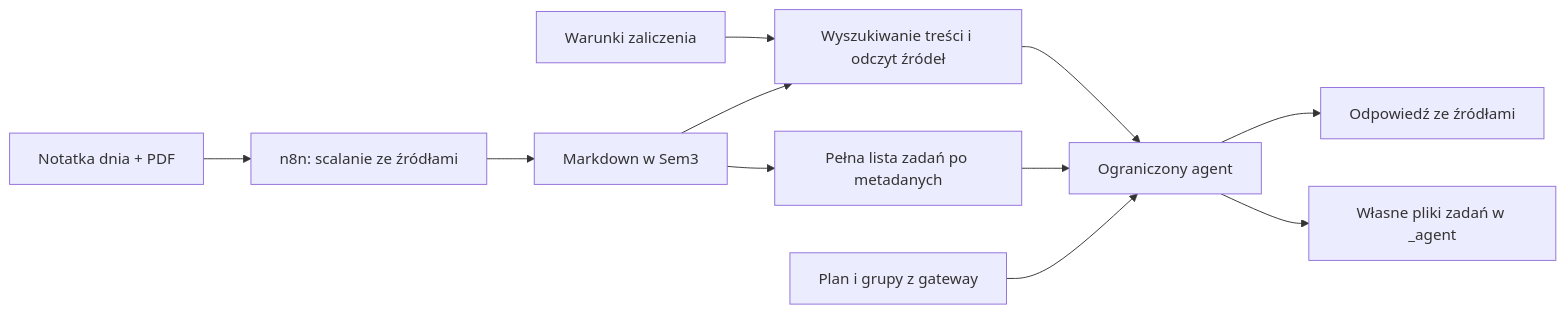
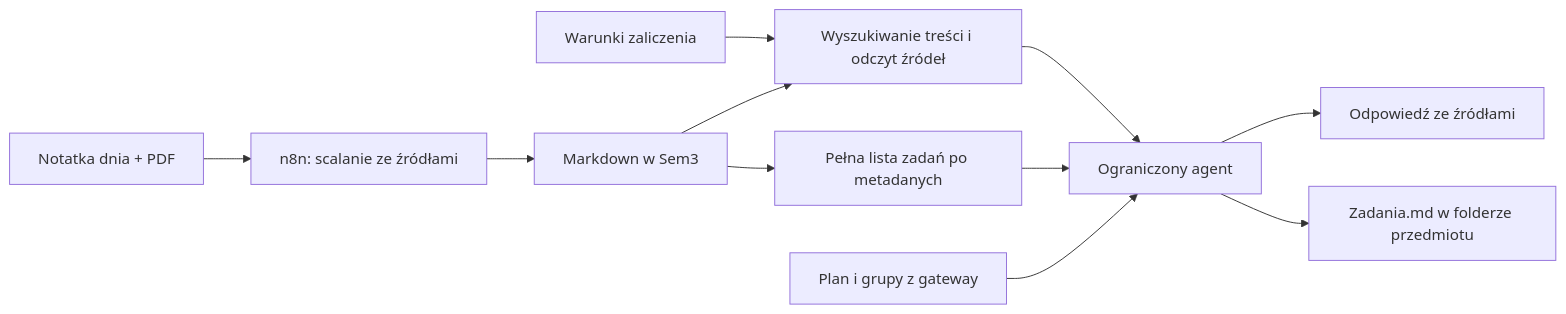
The diagram in integrations/schedule-tools/STUDY_NOTES_PLAN.md (CeDwukropek/wieikschedule), drawn with Mermaid before and after one commit. The commit also changed other lines of this file and 1 other file, not shown here.

````diff
--- a/integrations/schedule-tools/STUDY_NOTES_PLAN.md
+++ b/integrations/schedule-tools/STUDY_NOTES_PLAN.md
@@ -92,13 +107,13 @@
 ```mermaid
 flowchart LR
     A[Notatka dnia + PDF] --> B[n8n: scalanie ze źródłami]
     B --> C[Markdown w Sem3]
     D[Warunki zaliczenia] --> E[Wyszukiwanie treści i odczyt źródeł]
     C --> E
     C --> F[Pełna lista zadań po metadanych]
     E --> G[Ograniczony agent]
     F --> G
     H[Plan i grupy z gateway] --> G
     G --> I[Odpowiedź ze źródłami]
-    G --> J[Własne pliki zadań w _agent]
+    G --> J[Zadania.md w folderze przedmiotu]
 ```
````
